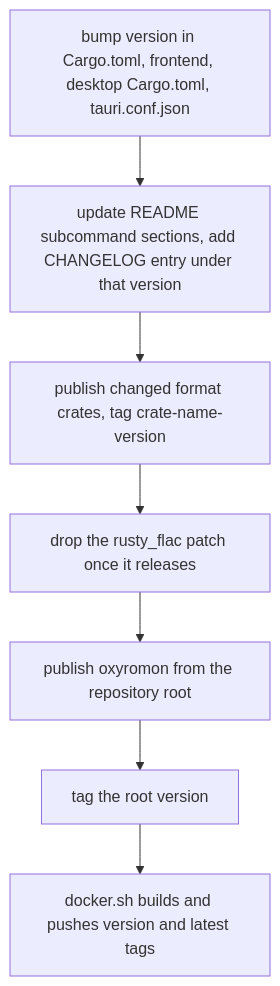
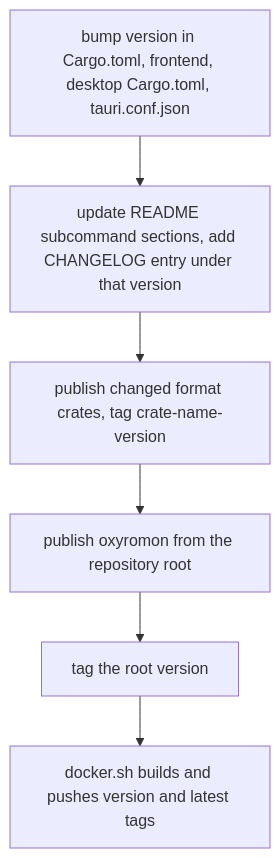
The second of 2 diagrams in openwiki/operations/build-and-release.md (alucryd/oxyromon), drawn with Mermaid before and after one commit. The commit also changed other lines of this file and 68 other files, not shown here.

````diff
--- a/openwiki/operations/build-and-release.md
+++ b/openwiki/operations/build-and-release.md
@@ -292,9 +292,8 @@
 ```mermaid
 flowchart TD
   V["bump version in Cargo.toml, frontend, desktop Cargo.toml, tauri.conf.json"] --> DOC["update README subcommand sections, add CHANGELOG entry under that version"]
   DOC --> FC["publish changed format crates, tag crate-name-version"]
-  FC --> PIN["drop the rusty_flac patch once it releases"]
-  PIN --> PUB["publish oxyromon from the repository root"]
+  FC --> PUB["publish oxyromon from the repository root"]
   PUB --> TAG["tag the root version"]
   TAG --> IMG["docker.sh builds and pushes version and latest tags"]
 ```
````
